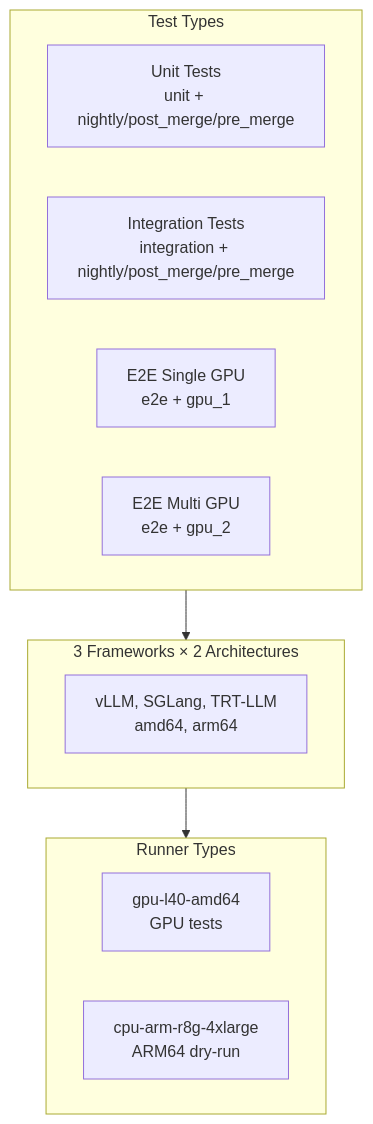
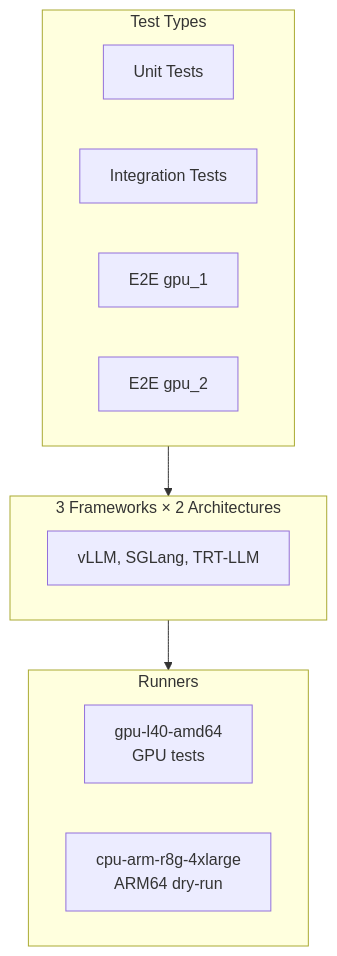
The third of 5 diagrams in .github/NIGHTLY_WORKFLOW.md (ai-dynamo/dynamo), drawn with Mermaid before and after one commit. The commit also changed other lines of this file and 3 other files, not shown here.

````diff
--- a/.github/NIGHTLY_WORKFLOW.md
+++ b/.github/NIGHTLY_WORKFLOW.md
@@ -134,21 +90,20 @@
 ```mermaid
 flowchart TD
     subgraph Tests["Test Types"]
-        U[Unit Tests<br/>unit + nightly/post_merge/pre_merge]
-        I[Integration Tests<br/>integration + nightly/post_merge/pre_merge]
-        E1[E2E Single GPU<br/>e2e + gpu_1]
-        E2[E2E Multi GPU<br/>e2e + gpu_2]
+        U[Unit Tests]
+        I[Integration Tests]
+        E1[E2E gpu_1]
+        E2[E2E gpu_2]
     end
 
     subgraph Frameworks["3 Frameworks × 2 Architectures"]
-        F[vLLM, SGLang, TRT-LLM<br/>amd64, arm64]
+        F[vLLM, SGLang, TRT-LLM]
     end
 
-    subgraph Runners["Runner Types"]
+    subgraph Runners
         R1[gpu-l40-amd64<br/>GPU tests]
         R2[cpu-arm-r8g-4xlarge<br/>ARM64 dry-run]
     end
 
-    Tests --> Frameworks
-    Frameworks --> Runners
+    Tests --> Frameworks --> Runners
 ```
````
